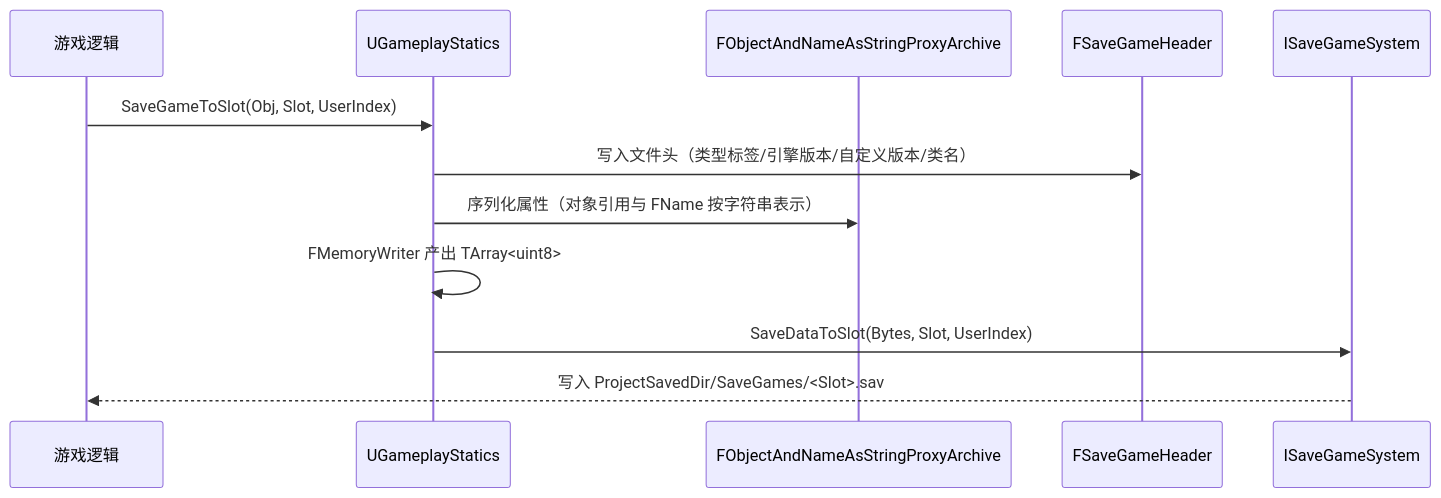
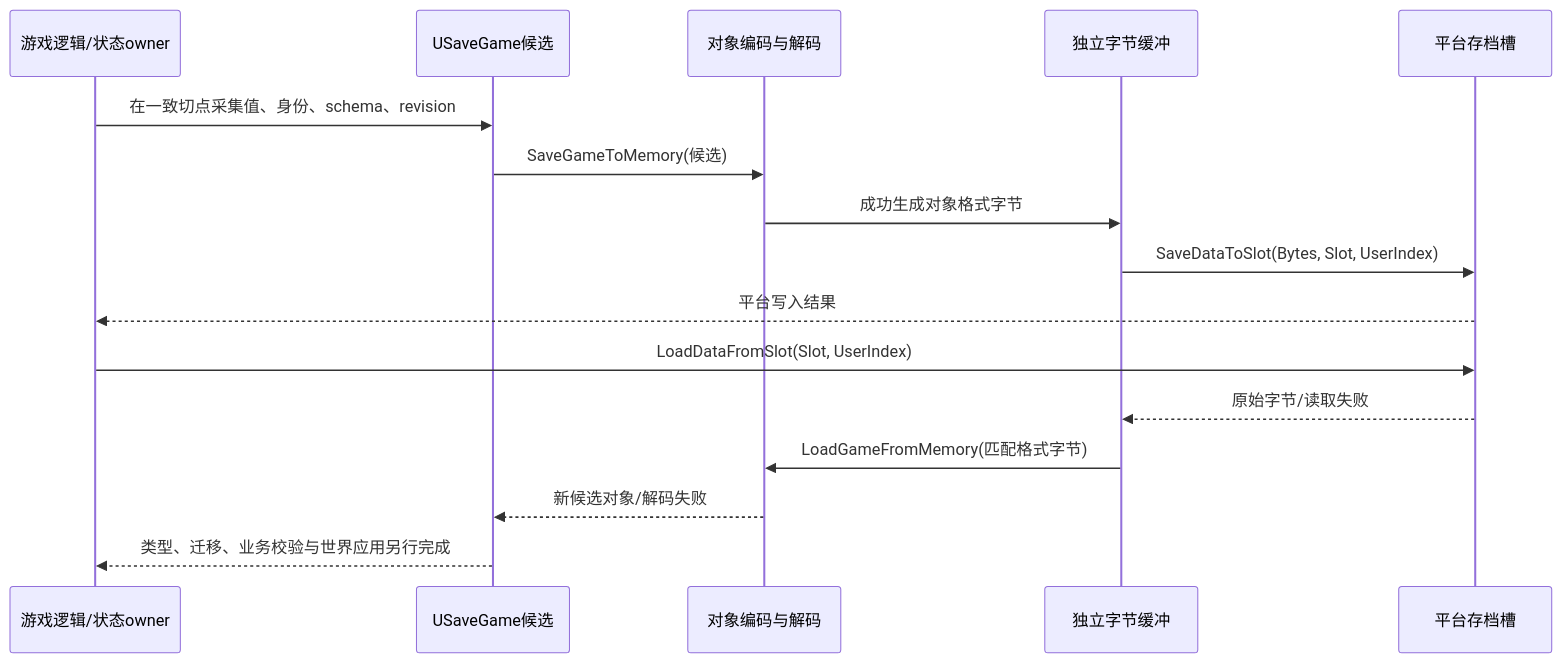
The first of 3 diagrams in 知识/05-Gameplay与交互系统/背包装备与存档/12-SaveGame存档系统与序列化.md (fantuan812/learning), drawn with Mermaid before and after one commit. The commit also changed other lines of this file and 1 other file, not shown here.

````diff
--- a/知识/05-Gameplay与交互系统/背包装备与存档/12-SaveGame存档系统与序列化.md
+++ b/知识/05-Gameplay与交互系统/背包装备与存档/12-SaveGame存档系统与序列化.md
@@ -49,14 +84,18 @@
 ```mermaid
 sequenceDiagram
-    participant G as 游戏逻辑
-    participant S as UGameplayStatics
-    participant A as FObjectAndNameAsStringProxyArchive
-    participant H as FSaveGameHeader
-    participant I as ISaveGameSystem
-    G->>S: SaveGameToSlot(Obj, Slot, UserIndex)
-    S->>H: 写入文件头（类型标签/引擎版本/自定义版本/类名）
-    S->>A: 序列化属性（对象引用与 FName 按字符串表示）
-    S->>S: FMemoryWriter 产出 TArray<uint8>
-    S->>I: SaveDataToSlot(Bytes, Slot, UserIndex)
-    I-->>G: 写入 ProjectSavedDir/SaveGames/<Slot>.sav
+    participant G as 游戏逻辑/状态owner
+    participant O as USaveGame候选
+    participant S as 对象编码与解码
+    participant B as 独立字节缓冲
+    participant I as 平台存档槽
+    G->>O: 在一致切点采集值、身份、schema、revision
+    O->>S: SaveGameToMemory(候选)
+    S->>B: 成功生成对象格式字节
+    B->>I: SaveDataToSlot(Bytes, Slot, UserIndex)
+    I-->>G: 平台写入结果
+    G->>I: LoadDataFromSlot(Slot, UserIndex)
+    I-->>B: 原始字节/读取失败
+    B->>S: LoadGameFromMemory(匹配格式字节)
+    S-->>O: 新候选对象/解码失败
+    O-->>G: 类型、迁移、业务校验与世界应用另行完成
 ```
````
